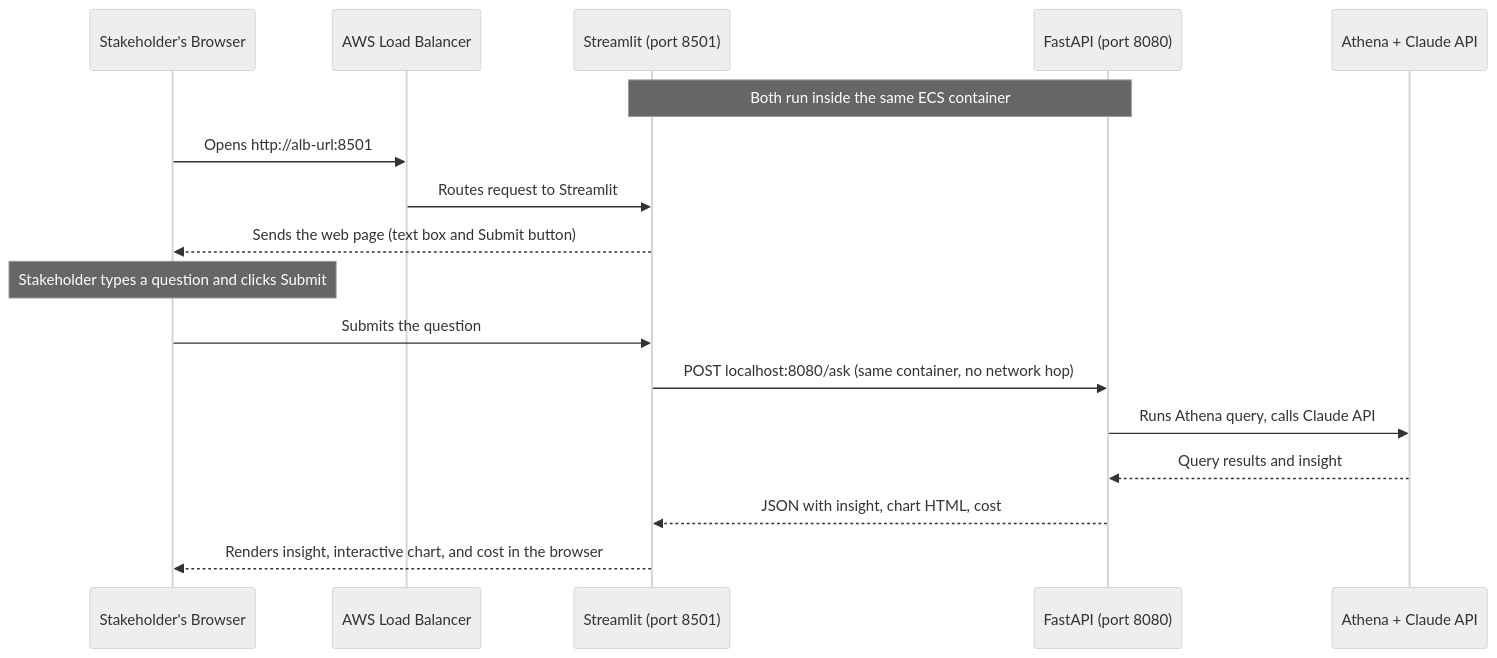
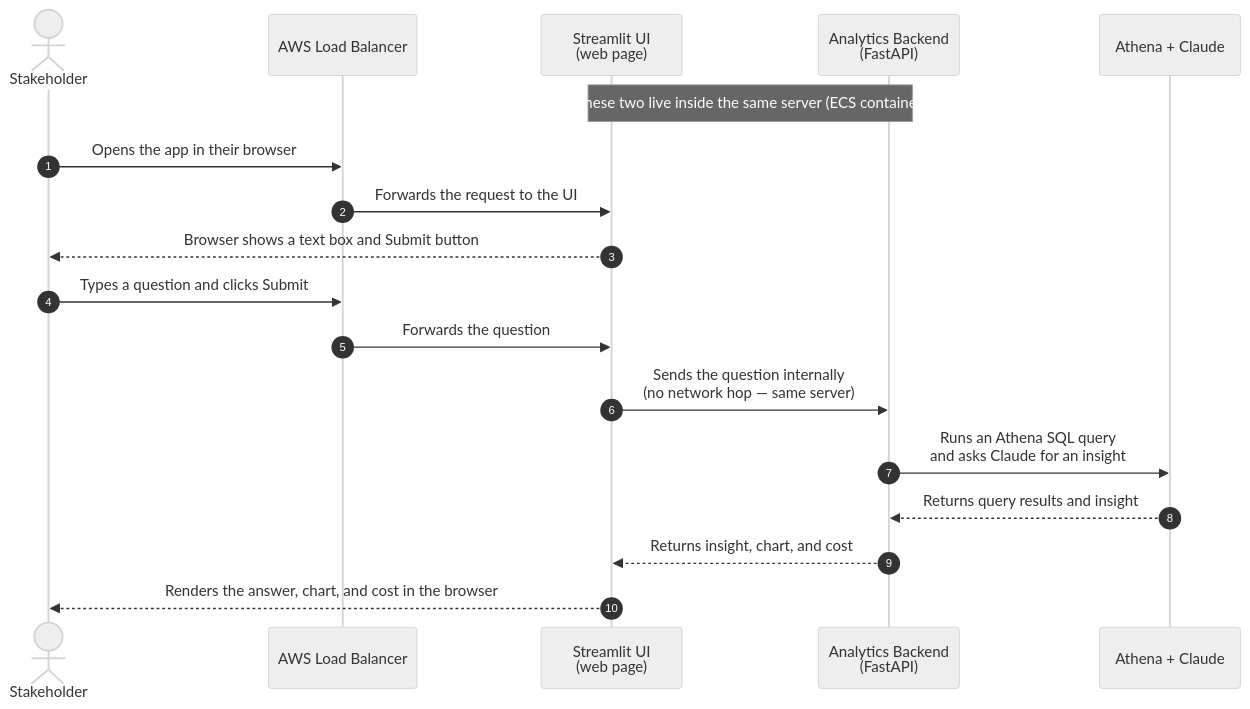
One commit to enterprise-data-platform-emeka/platform-analytics-agent changed the second of 3 diagrams in README.md. Above: the diagram before and after it, drawn with Mermaid (neutral theme).

Commit message:
Docs: simplify stakeholder sequence diagram for beginners

````diff
--- a/README.md
+++ b/README.md
@@ -139,23 +139,23 @@
 ```mermaid
 sequenceDiagram
-    participant SB as Stakeholder's Browser
+    autonumber
+    actor S as Stakeholder
     participant ALB as AWS Load Balancer
-    participant ST as Streamlit (port 8501)
-    participant API as FastAPI (port 8080)
-    participant AWS as Athena + Claude API
+    participant UI as Streamlit UI<br/>(web page)
+    participant API as Analytics Backend<br/>(FastAPI)
+    participant AI as Athena + Claude
 
-    Note over ST,API: Both run inside the same ECS container
+    note over UI,API: These two live inside the same server (ECS container)
 
-    SB->>ALB: Opens http://alb-url:8501
-    ALB->>ST: Routes request to Streamlit
-    ST-->>SB: Sends the web page (text box and Submit button)
+    S->>ALB: Opens the app in their browser
+    ALB->>UI: Forwards the request to the UI
+    UI-->>S: Browser shows a text box and Submit button
 
-    Note over SB: Stakeholder types a question and clicks Submit
-
-    SB->>ST: Submits the question
-    ST->>API: POST localhost:8080/ask (same container, no network hop)
-    API->>AWS: Runs Athena query, calls Claude API
-    AWS-->>API: Query results and insight
-    API-->>ST: JSON with insight, chart HTML, cost
-    ST-->>SB: Renders insight, interactive chart, and cost in the browser
+    S->>ALB: Types a question and clicks Submit
+    ALB->>UI: Forwards the question
+    UI->>API: Sends the question internally<br/>(no network hop — same server)
+    API->>AI: Runs an Athena SQL query<br/>and asks Claude for an insight
+    AI-->>API: Returns query results and insight
+    API-->>UI: Returns insight, chart, and cost
+    UI-->>S: Renders the answer, chart, and cost in the browser
 ```
````
